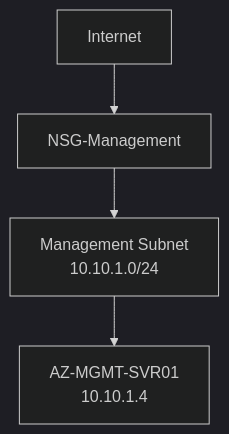
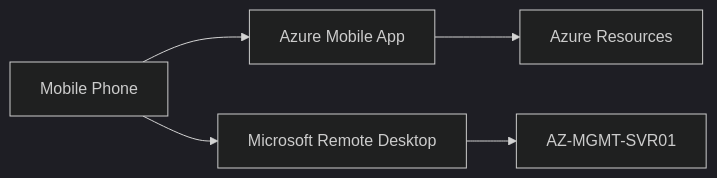
Before and after one commit to Solomon-Botchway/Azure-Enterprise-Infrastructure-Operations-Monitoring-Project: the diagram in 06-MobileApp.md, drawn with Mermaid (dark theme). The commit also changed other lines of this file, not shown here.

Commit message:
Update network architecture to mobile administration workflow

````diff
--- a/06-MobileApp.md
+++ b/06-MobileApp.md
@@ -42,10 +42,12 @@
 ```mermaid
-flowchart TB
+flowchart LR
 
-A[Internet]
---> B[NSG-Management]
+A[Mobile Phone]
+--> B[Azure Mobile App]
 
-B --> C[Management Subnet<br>10.10.1.0/24]
+B --> C[Azure Resources]
 
-C --> D[AZ-MGMT-SVR01<br>10.10.1.4]
+A --> D[Microsoft Remote Desktop]
+
+D --> E[AZ-MGMT-SVR01]
 ```
````
